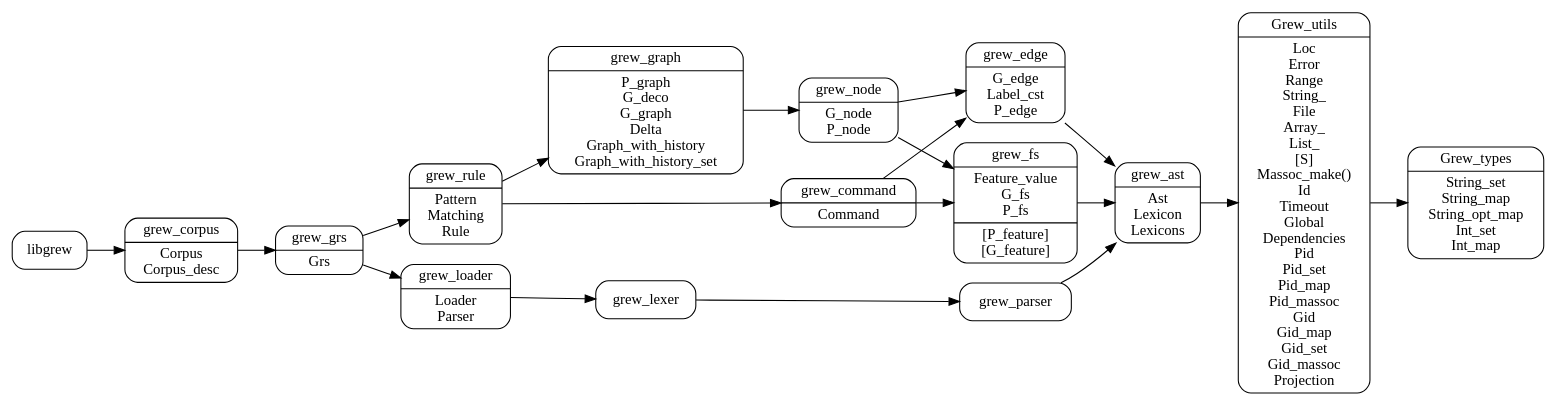
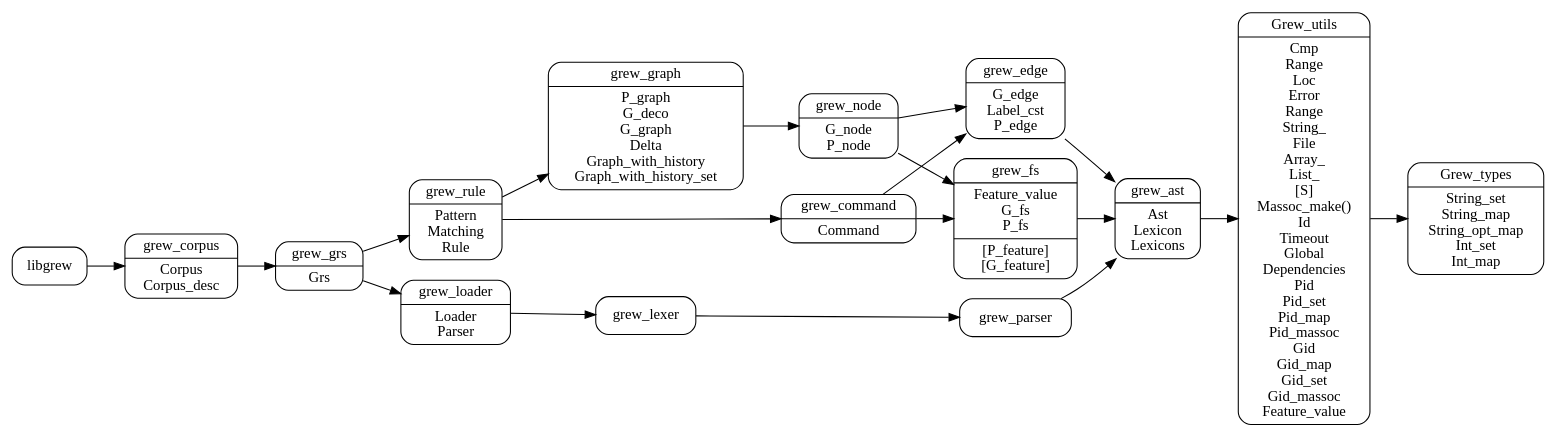
The diagram in dev/arch.dot (grew-nlp/grewlib), drawn with Graphviz before and after one commit. The commit also changed 13 other files, not shown here.

```diff
--- a/dev/arch.dot
+++ b/dev/arch.dot
@@ -1,32 +1,32 @@
 digraph grew {
   node [shape=Mrecord];
   rankdir = LR;
   Grew_types [label="Grew_types|String_set\nString_map\nString_opt_map\nInt_set\nInt_map"]
-  Grew_utils [label="Grew_utils|Loc\nError\nRange\nString_\nFile\nArray_\nList_\n[S]\nMassoc_make()\nId\nTimeout\nGlobal\nDependencies\nPid\nPid_set\nPid_map\nPid_massoc\nGid\nGid_map\nGid_set\nGid_massoc\nProjection"]
+  Grew_utils [label="Grew_utils|Cmp\nRange\nLoc\nError\nRange\nString_\nFile\nArray_\nList_\n[S]\nMassoc_make()\nId\nTimeout\nGlobal\nDependencies\nPid\nPid_set\nPid_map\nPid_massoc\nGid\nGid_map\nGid_set\nGid_massoc\nFeature_value"]
   grew_ast [label="grew_ast|Ast\nLexicon\nLexicons"]
   grew_loader [label="grew_loader|Loader\nParser"]
   grew_fs [label="grew_fs|Feature_value\nG_fs\nP_fs|[P_feature]\n[G_feature]"]
   grew_edge [label="grew_edge|G_edge\nLabel_cst\nP_edge"]
   grew_node [label="grew_node|G_node\nP_node"]
   grew_command [label="grew_command|Command"]
   grew_graph [label="grew_graph|P_graph\nG_deco\nG_graph\nDelta\nGraph_with_history\nGraph_with_history_set"]
   grew_rule [label="grew_rule|Pattern\nMatching\nRule"]
   grew_grs [label="grew_grs|Grs"]
   grew_corpus [label="grew_corpus|Corpus\nCorpus_desc"]
 
 grew_ast -> Grew_utils -> Grew_types
 grew_edge -> grew_ast
 grew_fs -> grew_ast
 grew_command -> grew_edge
 grew_command -> grew_fs
 grew_node -> grew_edge
 grew_node -> grew_fs
 grew_graph -> grew_node
 grew_rule -> grew_command
 grew_rule -> grew_graph
 grew_grs -> grew_rule
 grew_grs -> grew_loader -> grew_lexer -> grew_parser -> grew_ast
 grew_corpus -> grew_grs
 libgrew -> grew_corpus
 
 }
```
